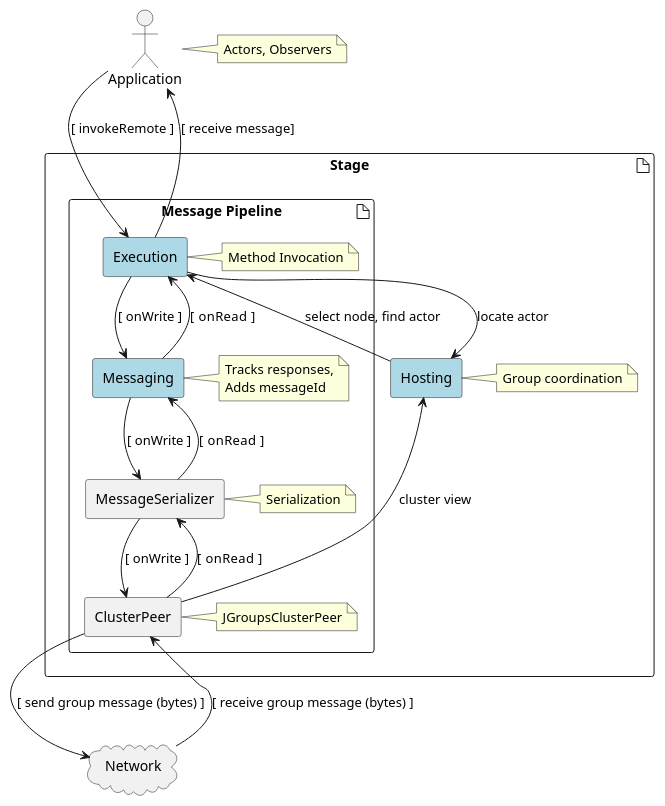
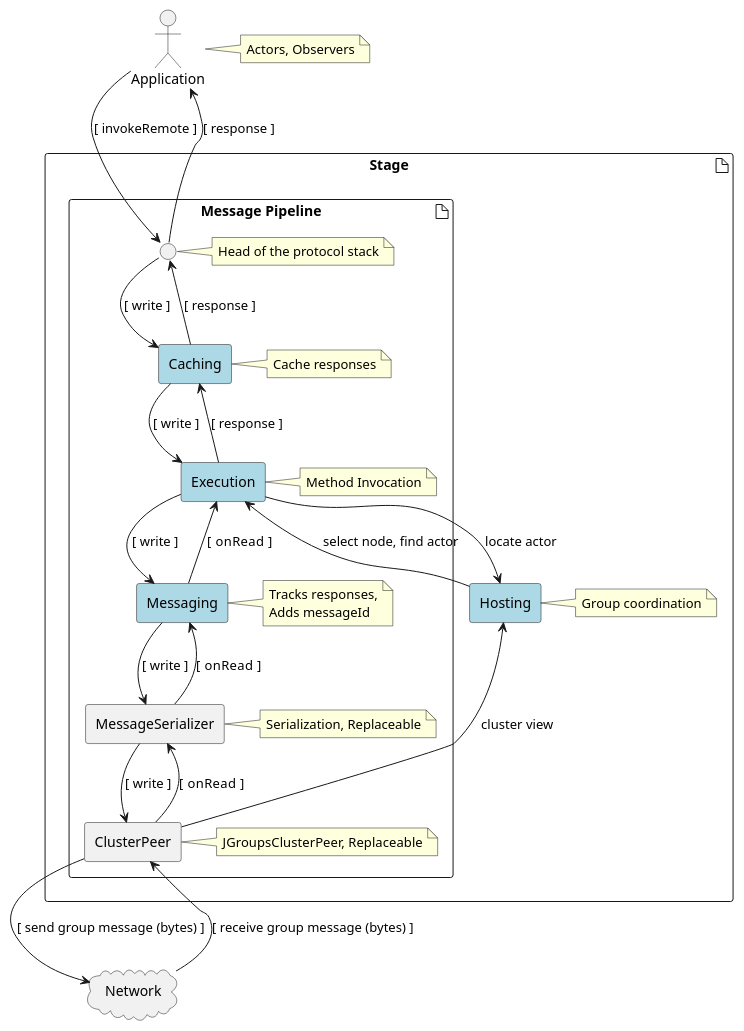
Before and after one commit to orbit/orbit: the diagram in actors/stage/src/main/java/com/ea/orbit/actors/runtime/stagePipeline.puml, drawn with PlantUML. The commit also changed 34 other files, not shown here.

Commit message:
Made response caching into a handler. Removed InvocationContext. Added "Invocation".

```diff
--- a/actors/stage/src/main/java/com/ea/orbit/actors/runtime/stagePipeline.puml
+++ b/actors/stage/src/main/java/com/ea/orbit/actors/runtime/stagePipeline.puml
@@ -1,42 +1,50 @@
 @startuml
 
 actor Application
 note right of Application : Actors, Observers
 
 artifact Stage {
     agent Hosting #LightBlue
     note right of Hosting : Group coordination
-    artifact "Message Pipeline" {
+    artifact "Message Pipeline"  {
+        interface " " as Pipeline
+        note right of Pipeline : Head of the protocol stack
+        agent Caching #LightBlue
         agent Execution #LightBlue
         agent Messaging #LightBlue
         agent MessageSerializer
         agent ClusterPeer
+        note right of Caching : Cache responses
         note right of Execution : Method Invocation
         note right of Messaging {
             Tracks responses,
             Adds messageId
         }
-        note right of MessageSerializer : Serialization
-        note right of ClusterPeer : JGroupsClusterPeer
+        note right of MessageSerializer : Serialization, Replaceable
+        note right of ClusterPeer : JGroupsClusterPeer, Replaceable
     }
 }
 cloud Network
 
 
 Execution --> Hosting : locate actor
 Hosting --> Execution : select node, find actor
 ClusterPeer --> Hosting: cluster view
 
-Application --> Execution : [ invokeRemote ]
-Execution --> Messaging  : [ onWrite ]
-Messaging --> MessageSerializer  : [ onWrite ]
-MessageSerializer --> ClusterPeer : [ onWrite ]
+Application --> Pipeline : [ invokeRemote ]
+Pipeline --> Caching : [ write ]
+Caching --> Execution : [ write ]
+Execution --> Messaging  : [ write ]
+Messaging --> MessageSerializer  : [ write ]
+MessageSerializer --> ClusterPeer : [ write ]
 ClusterPeer --> Network : [ send group message (bytes) ]
 
 Network --> ClusterPeer : [ receive group message (bytes) ]
 ClusterPeer --> MessageSerializer : [ onRead  ]
 MessageSerializer --> Messaging  : [ onRead  ]
 Messaging --> Execution  : [ onRead  ]
-Execution --> Application : [ receive message]
+Execution --> Caching : [ response ]
+Caching --> Pipeline : [ response ]
+Pipeline --> Application : [ response ]
 
 @enduml
```
